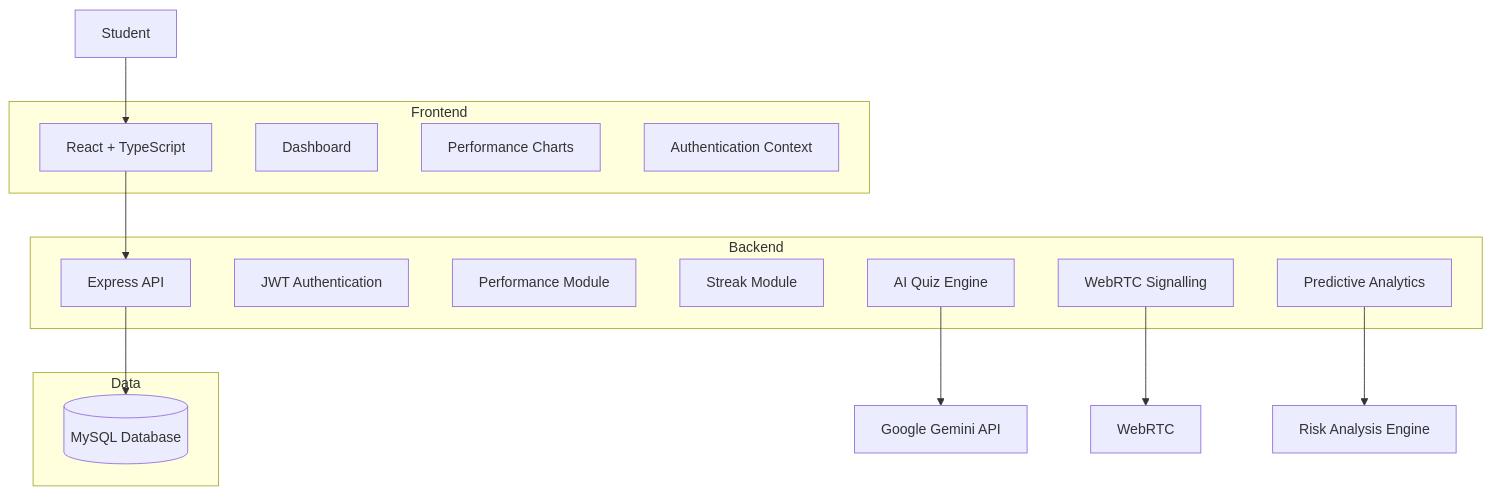
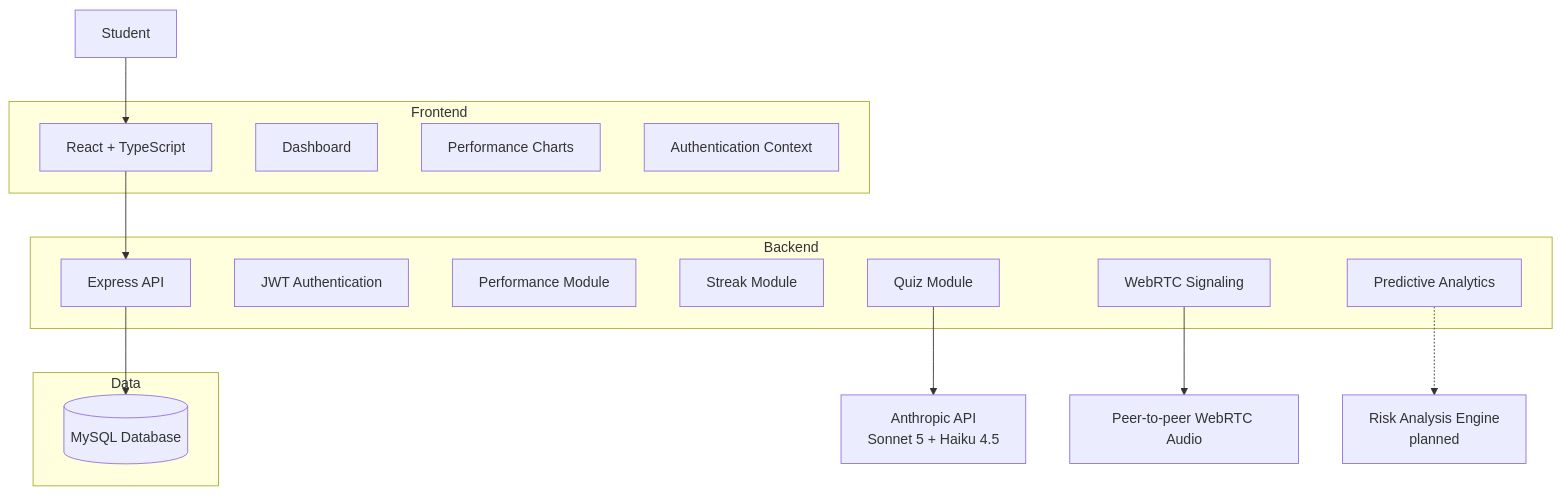
The first of 4 diagrams in README.md (ashleythabang47-cloud/Acadance-), drawn with Mermaid before and after one commit. The commit also changed other lines of this file, not shown here.

````diff
--- a/README.md
+++ b/README.md
@@ -148,38 +170,35 @@
 ```mermaid
 flowchart TD
 
     Student[Student]
-
     Student --> UI
 
     subgraph Frontend
         UI[React + TypeScript]
         Dashboard[Dashboard]
         Charts[Performance Charts]
         AuthContext[Authentication Context]
     end
 
     UI --> API
 
     subgraph Backend
         API[Express API]
         Auth[JWT Authentication]
         Performance[Performance Module]
         Streaks[Streak Module]
-        Quiz[AI Quiz Engine]
+        Quiz[Quiz Module]
         Analytics[Predictive Analytics]
-        Voice[WebRTC Signalling]
+        Voice[WebRTC Signaling]
     end
 
     API --> DB
 
     subgraph Data
         DB[(MySQL Database)]
     end
 
-    Quiz --> Gemini[Google Gemini API]
-
-    Voice --> RTC[WebRTC]
-
-    Analytics --> Prediction[Risk Analysis Engine]
+    Quiz --> Anthropic[Anthropic API<br/>Sonnet 5 + Haiku 4.5]
+    Voice --> RTC[Peer-to-peer WebRTC Audio]
+    Analytics -.-> Prediction[Risk Analysis Engine<br/>planned]
 ```
````
